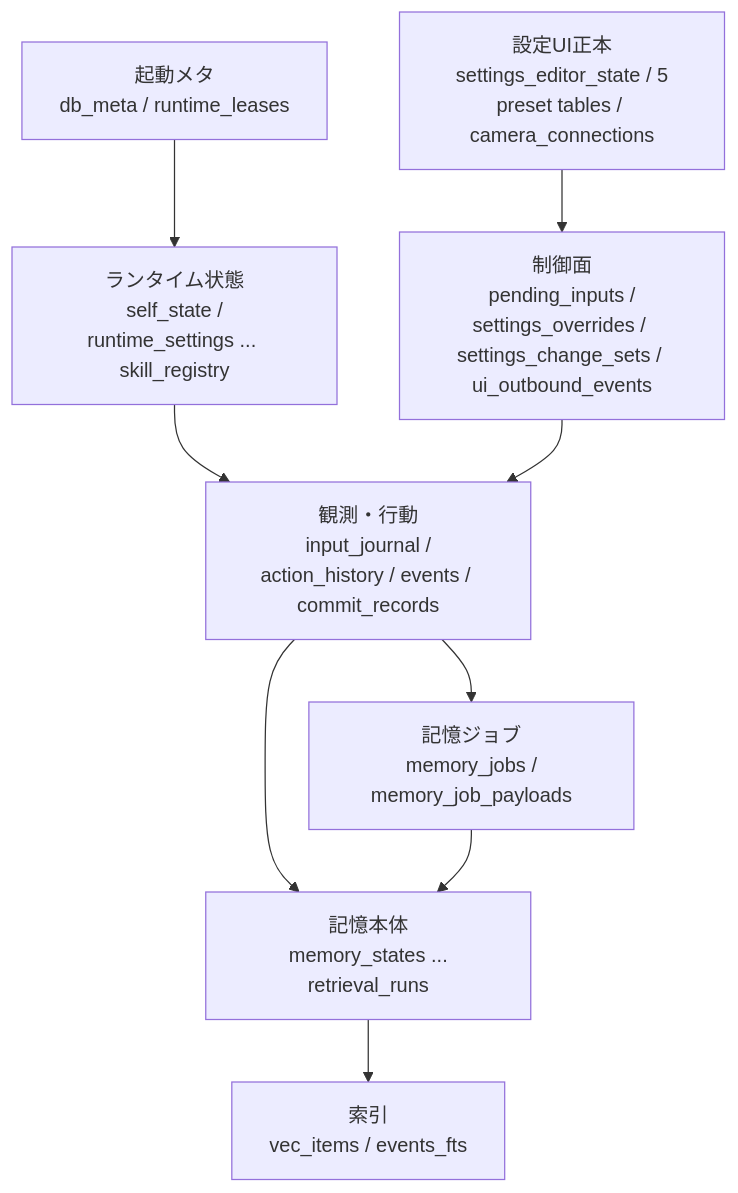
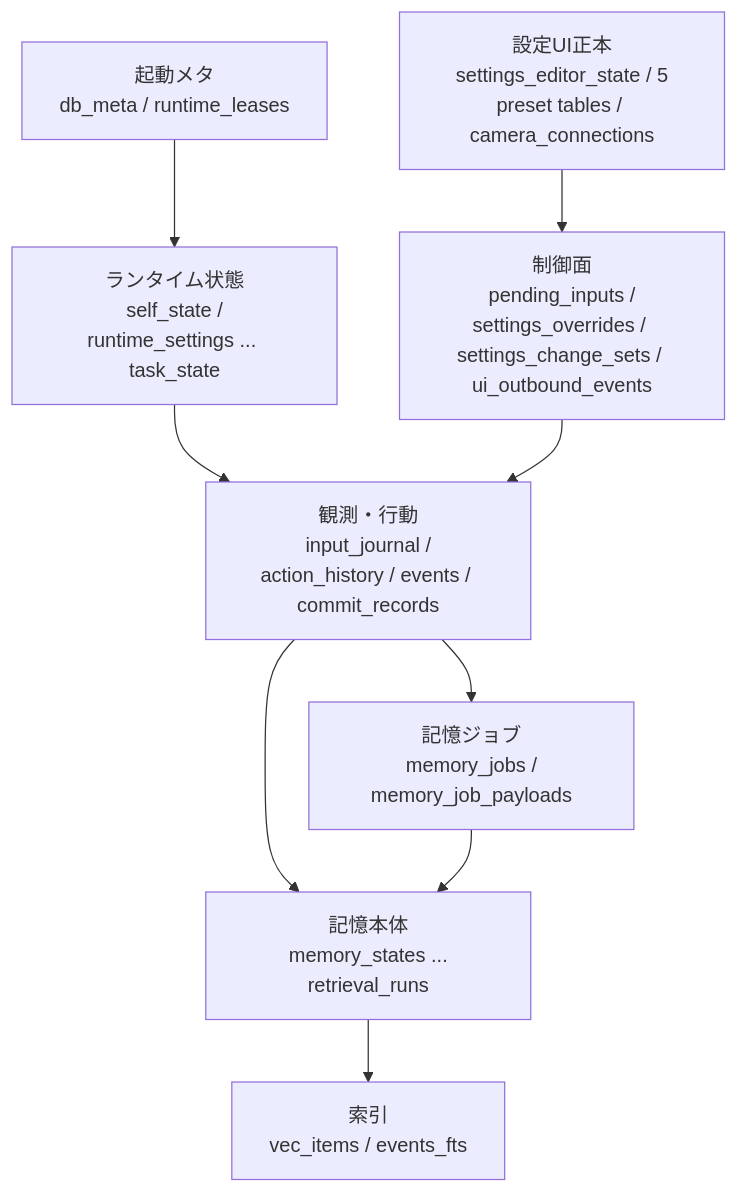
The diagram in docs/34_SQLite論理スキーマ.md (hirona98/OtomeKairo), drawn with Mermaid before and after one commit. The commit also changed other lines of this file, not shown here.

Commit message:
docs: remove unused sqlite physical tables from schema doc

````diff
--- a/docs/34_SQLite論理スキーマ.md
+++ b/docs/34_SQLite論理スキーマ.md
@@ -51,20 +51,20 @@
 ```mermaid
 flowchart TD
     meta["起動メタ\n db_meta / runtime_leases"]
-    runtime["ランタイム状態\n self_state / runtime_settings ... skill_registry"]
+    runtime["ランタイム状態\n self_state / runtime_settings ... task_state"]
     editor["設定UI正本\n settings_editor_state / 5 preset tables / camera_connections"]
     control["制御面\n pending_inputs / settings_overrides / settings_change_sets / ui_outbound_events"]
     eventlog["観測・行動\n input_journal / action_history / events / commit_records"]
     memory["記憶本体\n memory_states ... retrieval_runs"]
     jobs["記憶ジョブ\n memory_jobs / memory_job_payloads"]
     index["索引\n vec_items / events_fts"]
 
     meta --> runtime
     editor --> control
     runtime --> eventlog
     control --> eventlog
     eventlog --> memory
     eventlog --> jobs
     jobs --> memory
     memory --> index
 ```
````
